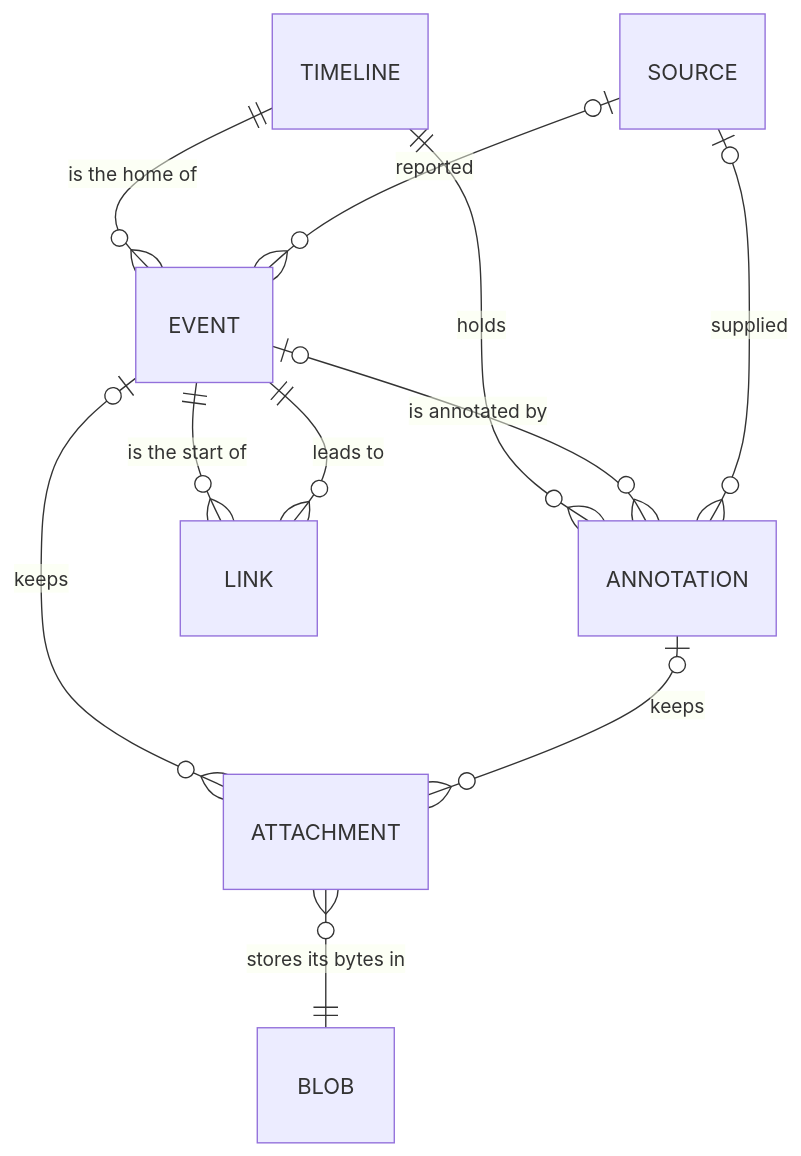
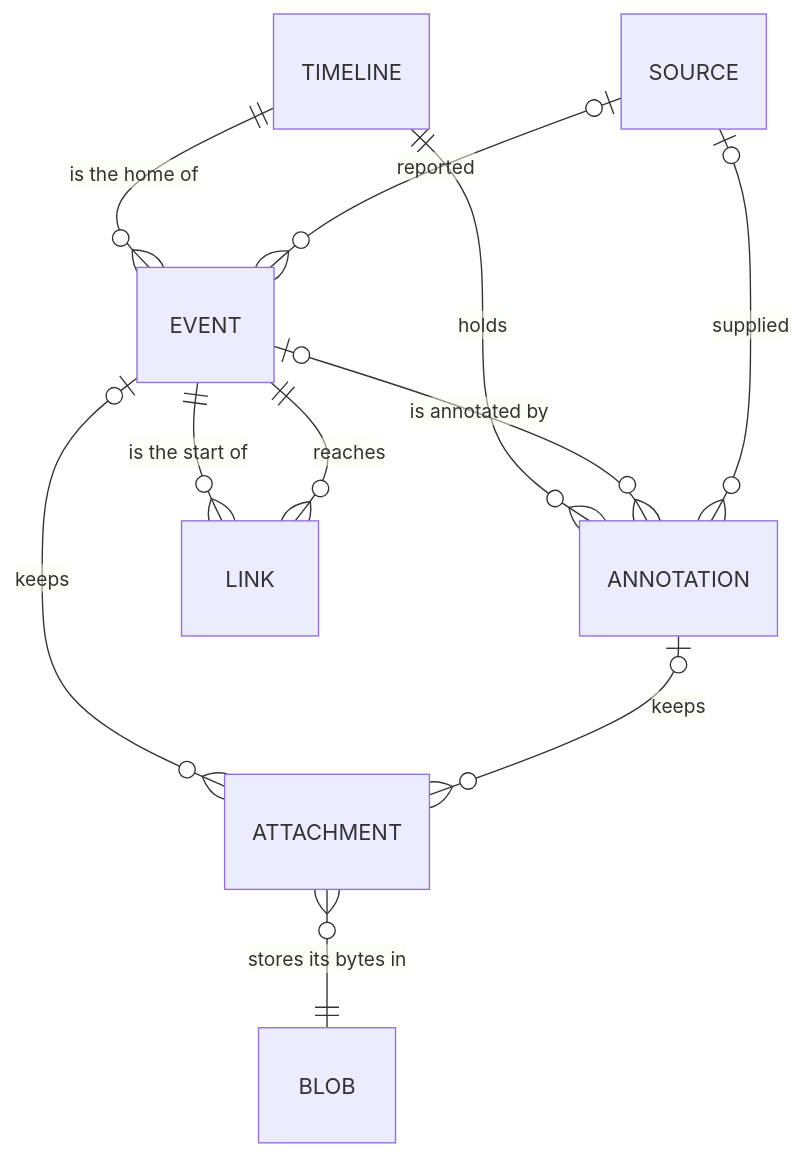
The diagram in docs/explanation/data-model.md (macintacos/coroner), drawn with Mermaid before and after one commit. The commit also changed other lines of this file and 26 other files, not shown here.

````diff
--- a/docs/explanation/data-model.md
+++ b/docs/explanation/data-model.md
@@ -13,13 +13,13 @@
 ```mermaid
 erDiagram
   TIMELINE ||--o{ EVENT : "is the home of"
   TIMELINE ||--o{ ANNOTATION : "holds"
   EVENT |o--o{ ANNOTATION : "is annotated by"
   EVENT |o--o{ ATTACHMENT : "keeps"
   EVENT ||--o{ LINK : "is the start of"
-  LINK }o--|| EVENT : "leads to"
+  LINK }o--|| EVENT : "reaches"
   ANNOTATION |o--o{ ATTACHMENT : "keeps"
   SOURCE |o--o{ EVENT : "reported"
   SOURCE |o--o{ ANNOTATION : "supplied"
   ATTACHMENT }o--|| BLOB : "stores its bytes in"
 ```
````
